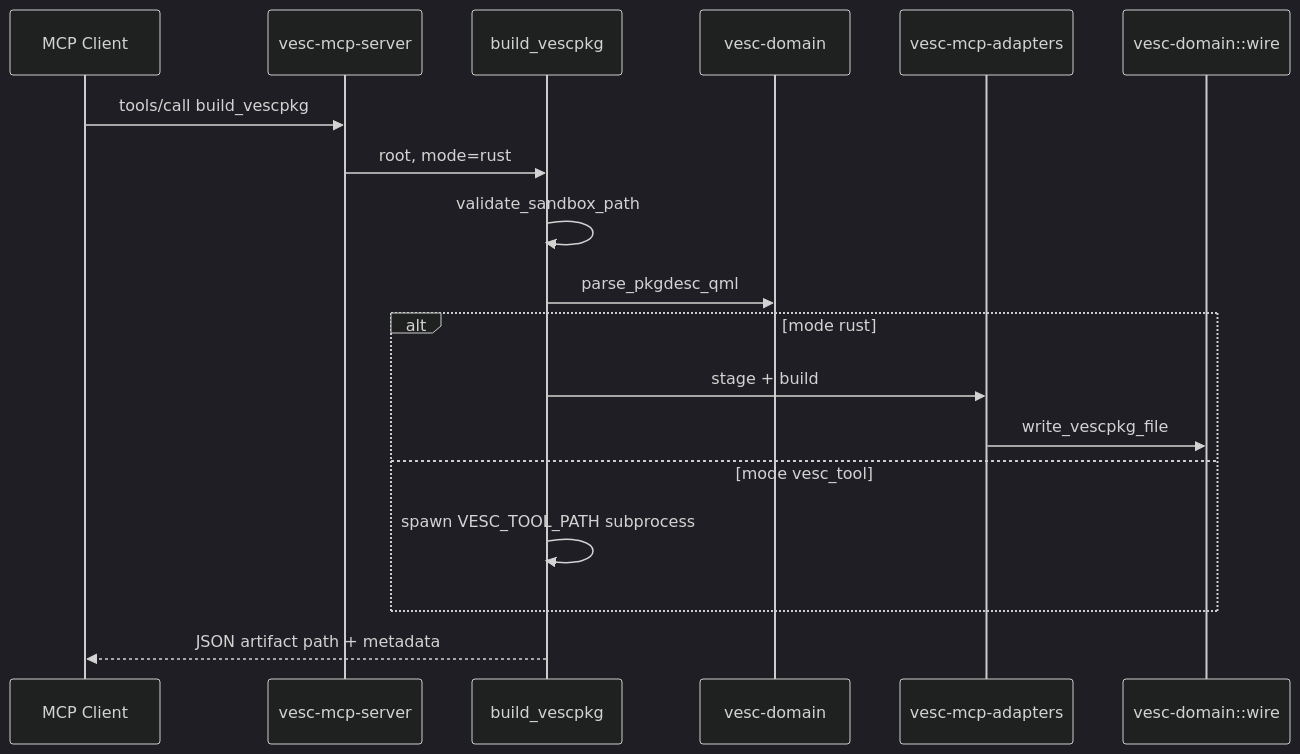
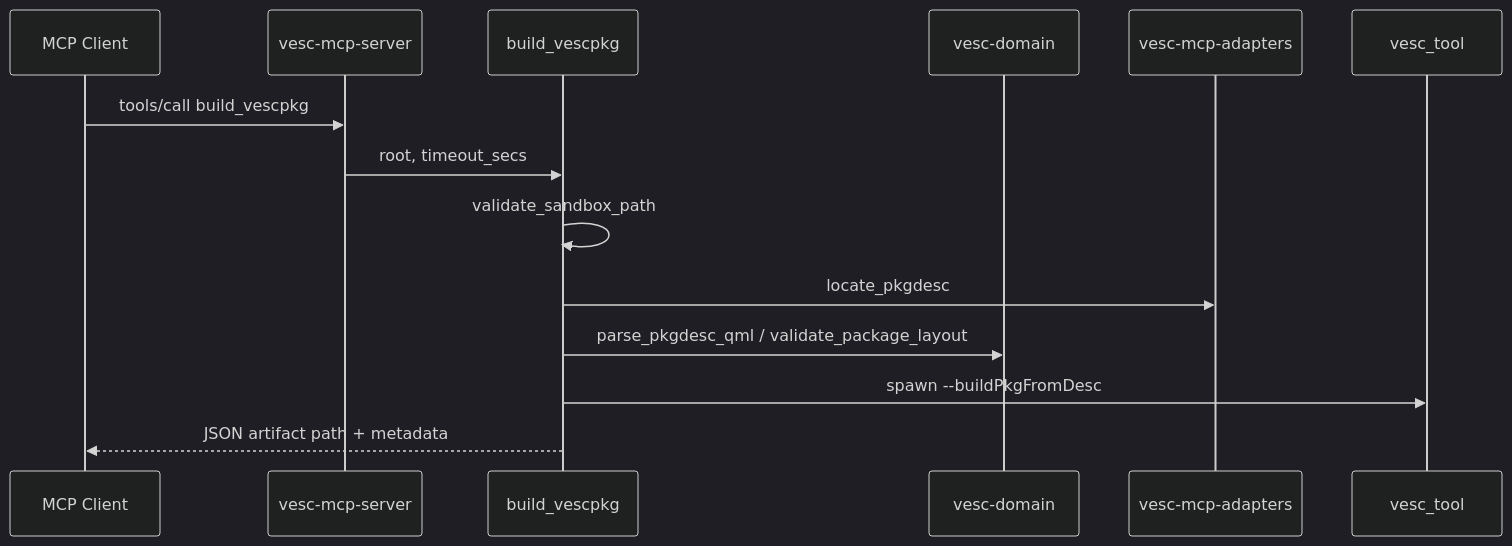
The second of 2 diagrams in docs/architecture.md (mjc/vesc-mcp), drawn with Mermaid (dark theme) before and after one commit. The commit also changed other lines of this file and 37 other files, not shown here.

First line of the commit message:
refactor: remove in-repo Rust packer; build_vescpkg uses vesc_tool only

````diff
--- a/docs/architecture.md
+++ b/docs/architecture.md
@@ -68,21 +68,17 @@
 ```mermaid
 sequenceDiagram
   participant C as MCP Client
   participant S as vesc-mcp-server
   participant T as build_vescpkg
   participant D as vesc-domain
   participant A as vesc-mcp-adapters
-  participant W as vesc-domain::wire
+  participant V as vesc_tool
 
   C->>S: tools/call build_vescpkg
-  S->>T: root, mode=rust
+  S->>T: root, timeout_secs
   T->>T: validate_sandbox_path
-  T->>D: parse_pkgdesc_qml
-  alt mode rust
-    T->>A: stage + build
-    A->>W: write_vescpkg_file
-  else mode vesc_tool
-    T->>T: spawn VESC_TOOL_PATH subprocess
-  end
+  T->>A: locate_pkgdesc
+  T->>D: parse_pkgdesc_qml / validate_package_layout
+  T->>V: spawn --buildPkgFromDesc
   T-->>C: JSON artifact path + metadata
 ```
````
